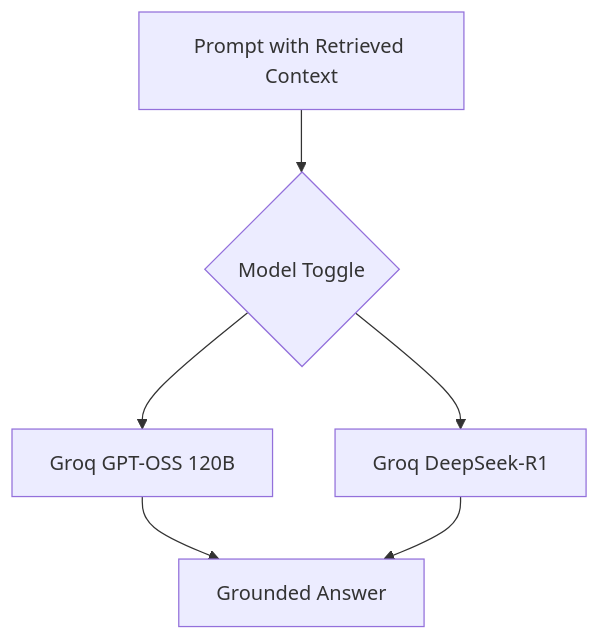
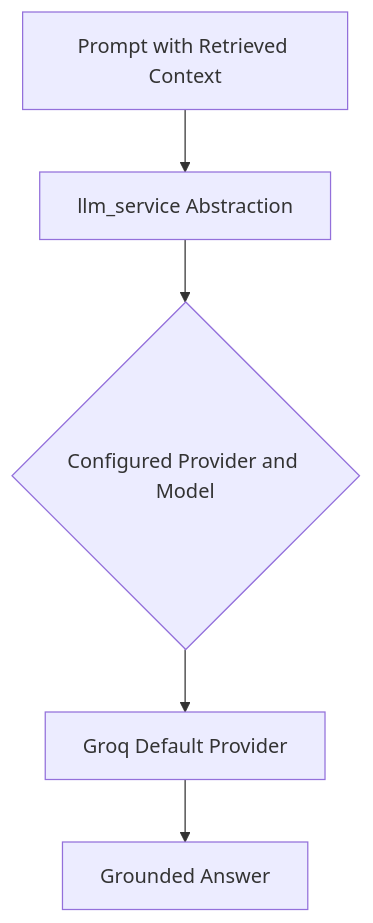
Diagram 12 of 15 in _posts/2026-03-25-building-a-rag-chatbot-how-to-choose-each-component-and-why.markdown (madushanl/madushanl.github.io), drawn with Mermaid before and after one commit. The commit also changed other lines of this file, not shown here.

Commit message:
Refine RAG chatbot article to reflect updated architecture and component choices, emphasizing a cloud-first design. Adjusted terminology for clarity and improved the ingestion and query-time answering sections.

````diff
--- a/_posts/2026-03-25-building-a-rag-chatbot-how-to-choose-each-component-and-why.markdown
+++ b/_posts/2026-03-25-building-a-rag-chatbot-how-to-choose-each-component-and-why.markdown
@@ -384,8 +391,7 @@
 ```mermaid
 flowchart TD
-    A[Prompt with Retrieved Context] --> B{Model Toggle}
-    B --> C[Groq GPT-OSS 120B]
-    B --> D[Groq DeepSeek-R1]
-    C --> E[Grounded Answer]
-    D --> E
+    A[Prompt with Retrieved Context] --> B[llm_service Abstraction]
+    B --> C{Configured Provider and Model}
+    C --> D[Groq Default Provider]
+    D --> E[Grounded Answer]
 ```
````
